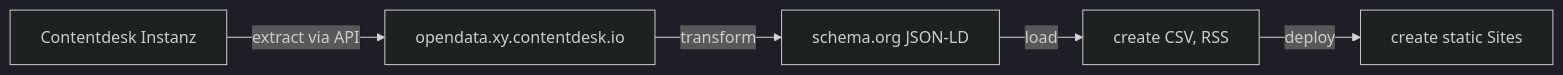
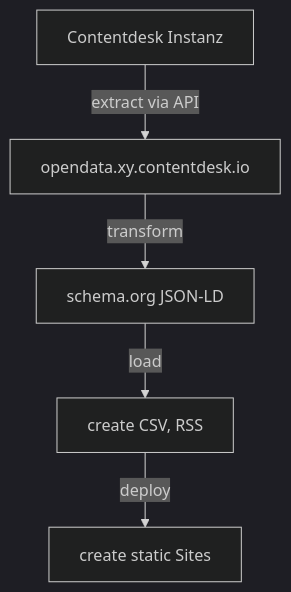
One commit to tsolenthaler/docs.contentdesk.io changed the second of 4 diagrams in docs/concepts/opendata.md. Above: the diagram before and after it, drawn with Mermaid (dark theme).

Commit message:
Fix flow direction in OpenData Portal mermaid diagram for data extraction process

````diff
--- a/docs/concepts/opendata.md
+++ b/docs/concepts/opendata.md
@@ -16,7 +16,7 @@
 ```mermaid
-graph LR;
+graph TD;
     A[Contentdesk Instanz] -->|extract via API| B[opendata.xy.contentdesk.io]
     B -->|transform| C[schema.org JSON-LD]
     C -->|load| D[create CSV, RSS]
     D -->|deploy| E[create static Sites]
 ```
````
